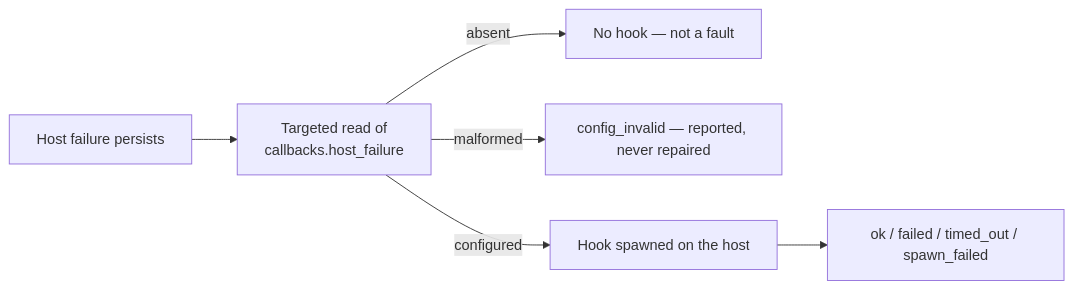
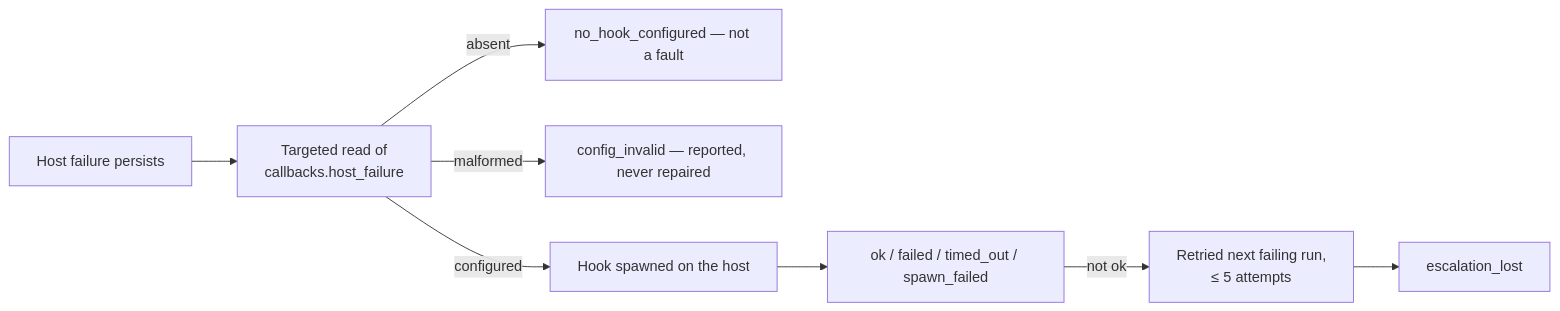
The third of 4 diagrams in docs/CALLBACKS.md (stSoftwareAU/VibeCoder), drawn with Mermaid before and after one commit. The commit also changed other lines of this file and 5 other files, not shown here.

````diff
--- a/docs/CALLBACKS.md
+++ b/docs/CALLBACKS.md
@@ -87,8 +93,10 @@
 ```mermaid
 flowchart LR
     F["Host failure persists"] --> R["Targeted read of<br/>callbacks.host_failure"]
-    R -- absent --> N["No hook — not a fault"]
+    R -- absent --> N["no_hook_configured — not a fault"]
     R -- malformed --> E["config_invalid — reported, never repaired"]
     R -- configured --> I["Hook spawned on the host"]
     I --> O["ok / failed / timed_out / spawn_failed"]
+    O -- not ok --> Q["Retried next failing run,<br/>≤ 5 attempts"]
+    Q --> L["escalation_lost"]
 ```
````
